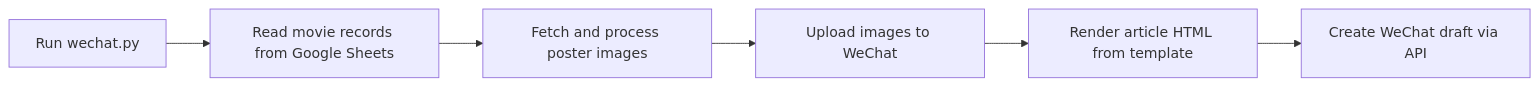
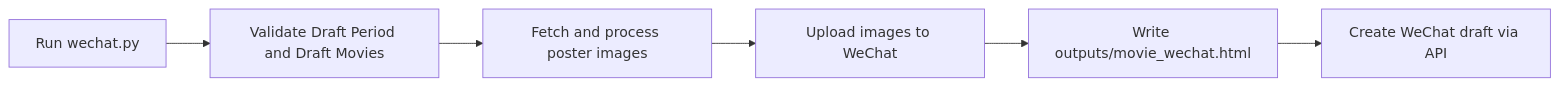
Before and after one commit to chrisYaoO/Movie: the second of 2 diagrams in README.md, drawn with Mermaid. The commit also changed other lines of this file and 14 other files, not shown here.

````diff
--- a/README.md
+++ b/README.md
@@ -119,8 +127,8 @@
 ```mermaid
 flowchart LR
-    A[Run wechat.py] --> B[Read movie records from Google Sheets]
+    A[Run wechat.py] --> B[Validate Draft Period and Draft Movies]
     B --> C[Fetch and process poster images]
     C --> D[Upload images to WeChat]
-    D --> E[Render article HTML from template]
+    D --> E[Write outputs/movie_wechat.html]
     E --> F[Create WeChat draft via API]
 ```
````
